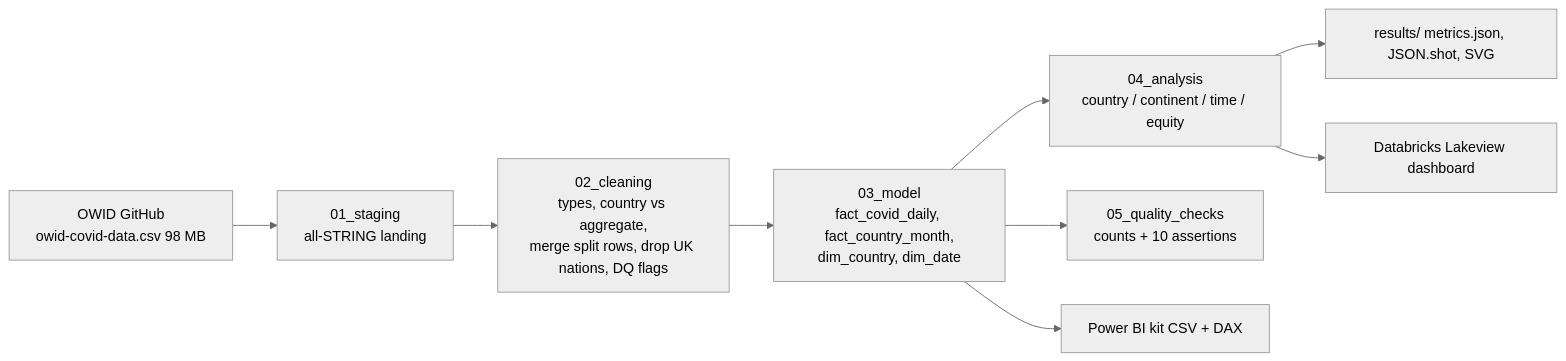
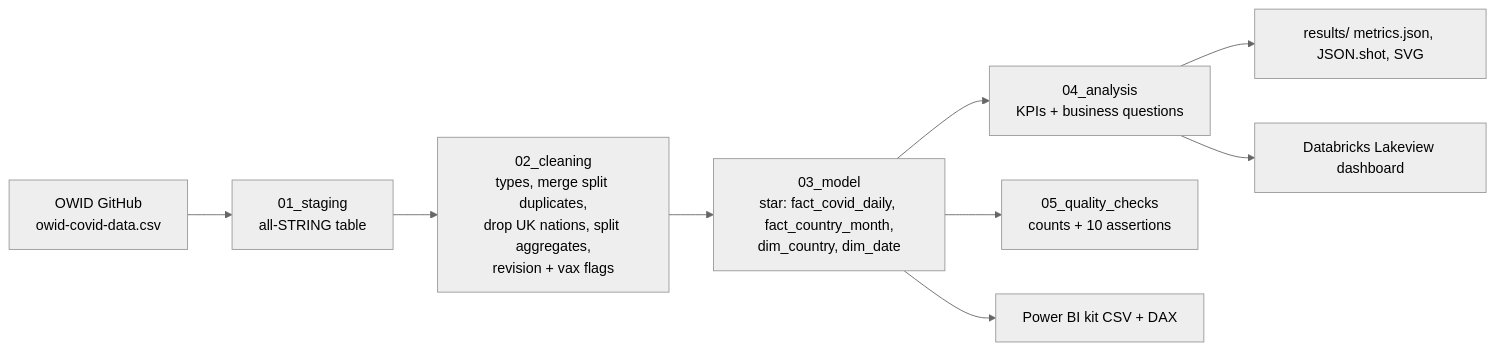
Before and after one commit to anishkaranth/da-learn-14-covid19-global-analysis: the diagram in README.md, drawn with Mermaid (neutral theme). The commit also changed other lines of this file, not shown here.

Commit message:
Full README: business questions, pipeline, insights, how to run, layout, complete dataset

````diff
--- a/README.md
+++ b/README.md
@@ -16,11 +16,11 @@
 ```mermaid
 flowchart LR
-  A[OWID GitHub<br/>owid-covid-data.csv 98 MB] --> B[01_staging<br/>all-STRING landing]
-  B --> C[02_cleaning<br/>types, country vs aggregate,<br/>merge split rows, drop UK nations, DQ flags]
-  C --> D[03_model<br/>fact_covid_daily, fact_country_month,<br/>dim_country, dim_date]
-  D --> E[04_analysis<br/>country / continent / time / equity]
+  A[OWID GitHub<br/>owid-covid-data.csv] --> B[01_staging<br/>all-STRING table]
+  B --> C[02_cleaning<br/>types, merge split duplicates,<br/>drop UK nations, split aggregates,<br/>revision + vax flags]
+  C --> D[03_model<br/>star: fact_covid_daily, fact_country_month,<br/>dim_country, dim_date]
+  D --> E[04_analysis<br/>KPIs + business questions]
   D --> F[05_quality_checks<br/>counts + 10 assertions]
   E --> G[results/ metrics.json, JSON.shot, SVG]
   E --> H[Databricks Lakeview dashboard]
   D --> I[Power BI kit CSV + DAX]
 ```
````
